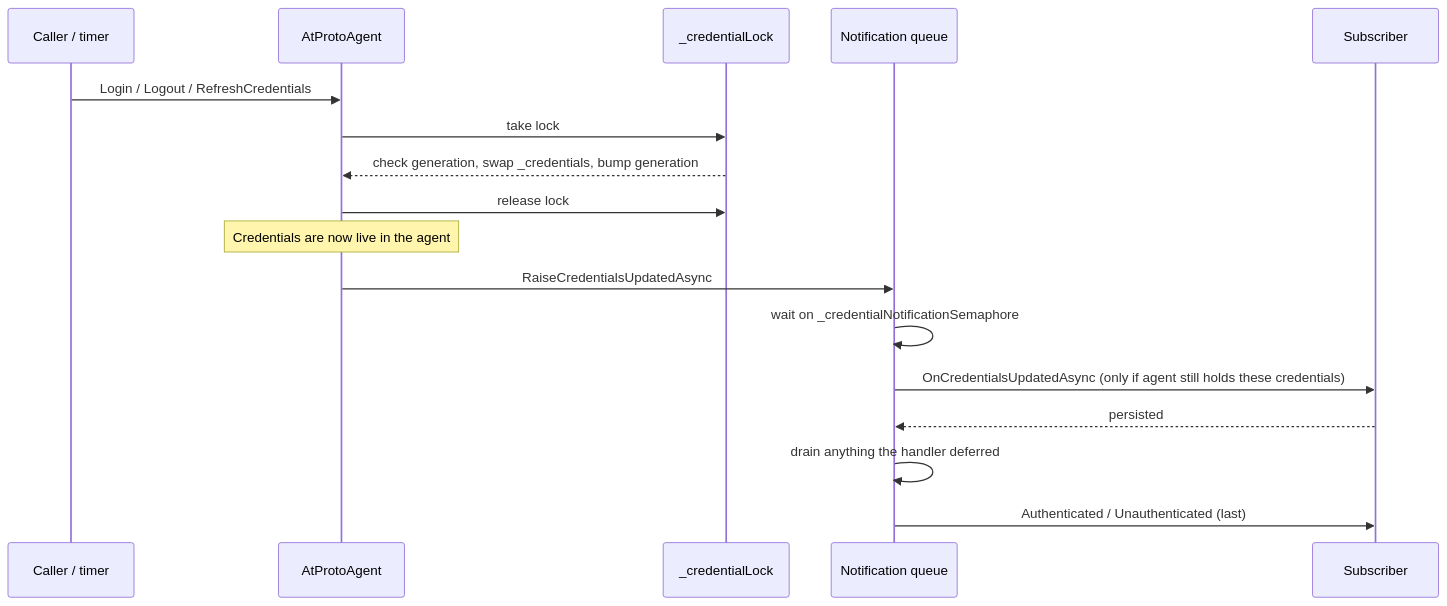
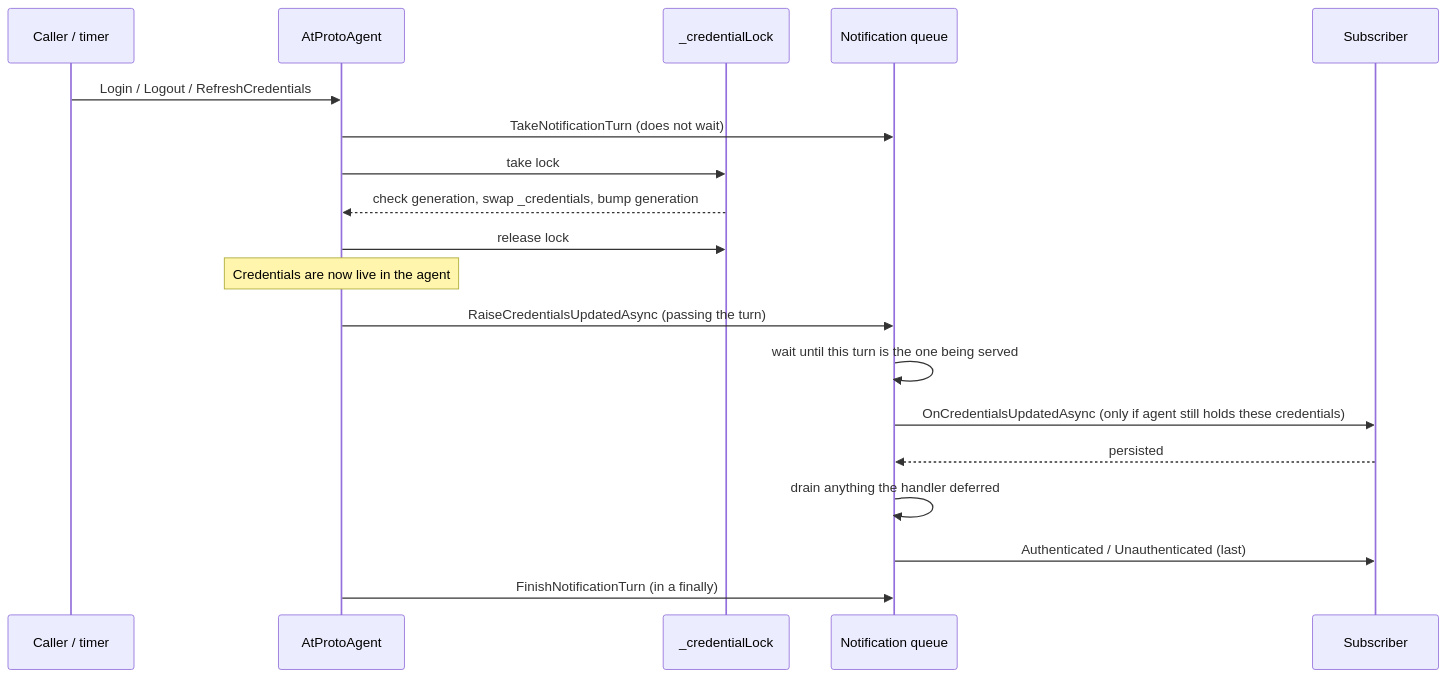
The second of 3 diagrams in devnotes/credential-lifecycle-and-locking.md (blowdart/idunno.Bluesky), drawn with Mermaid before and after one commit. The commit also changed other lines of this file and 3 other files, not shown here.

````diff
--- a/devnotes/credential-lifecycle-and-locking.md
+++ b/devnotes/credential-lifecycle-and-locking.md
@@ -66,20 +75,22 @@
 ```mermaid
 sequenceDiagram
     participant C as Caller / timer
     participant A as AtProtoAgent
     participant L as _credentialLock
     participant Q as Notification queue
     participant H as Subscriber
 
     C->>A: Login / Logout / RefreshCredentials
+    A->>Q: TakeNotificationTurn (does not wait)
     A->>L: take lock
     L-->>A: check generation, swap _credentials, bump generation
     A->>L: release lock
     Note over A: Credentials are now live in the agent
-    A->>Q: RaiseCredentialsUpdatedAsync
-    Q->>Q: wait on _credentialNotificationSemaphore
+    A->>Q: RaiseCredentialsUpdatedAsync (passing the turn)
+    Q->>Q: wait until this turn is the one being served
     Q->>H: OnCredentialsUpdatedAsync (only if agent still holds these credentials)
     H-->>Q: persisted
     Q->>Q: drain anything the handler deferred
     Q->>H: Authenticated / Unauthenticated (last)
+    A->>Q: FinishNotificationTurn (in a finally)
 ```
````
